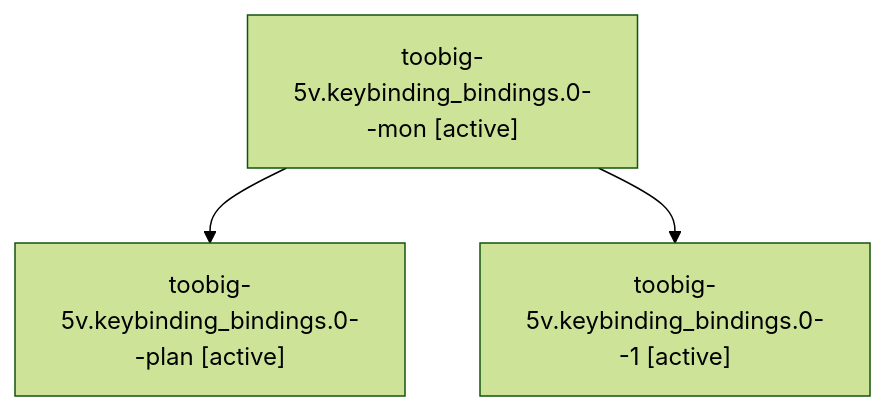
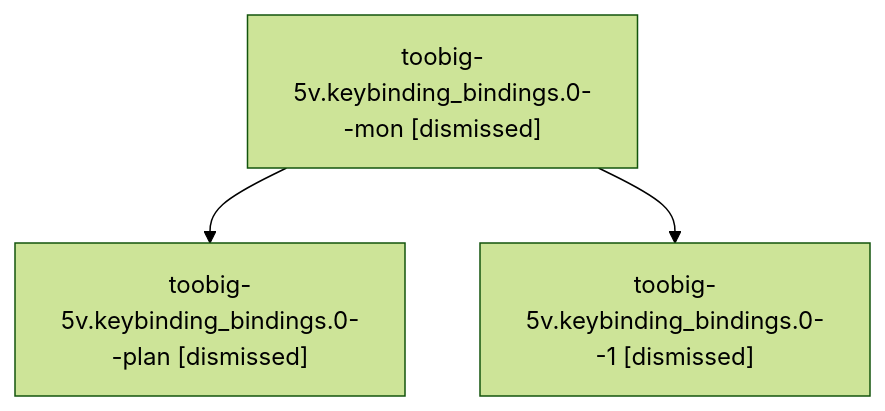
One commit to sase-org/sase--agents changed the diagram in sessions/bbugyi200.athena.toobig-5v.keybinding_bindings.0.md. Above: the diagram before and after it, drawn with Mermaid (forest theme). The commit also changed other lines of this file and 120 other files, not shown here.

````diff
--- a/sessions/bbugyi200.athena.toobig-5v.keybinding_bindings.0.md
+++ b/sessions/bbugyi200.athena.toobig-5v.keybinding_bindings.0.md
@@ -9,8 +9,8 @@
 ```mermaid
 flowchart TD
-  n0["toobig-5v.keybinding_bindings.0--mon [active]"]
-  n1["toobig-5v.keybinding_bindings.0--plan [active]"]
+  n0["toobig-5v.keybinding_bindings.0--mon [dismissed]"]
+  n1["toobig-5v.keybinding_bindings.0--plan [dismissed]"]
   n0 --> n1
-  n2["toobig-5v.keybinding_bindings.0--1 [active]"]
+  n2["toobig-5v.keybinding_bindings.0--1 [dismissed]"]
   n0 --> n2
 ```
````
